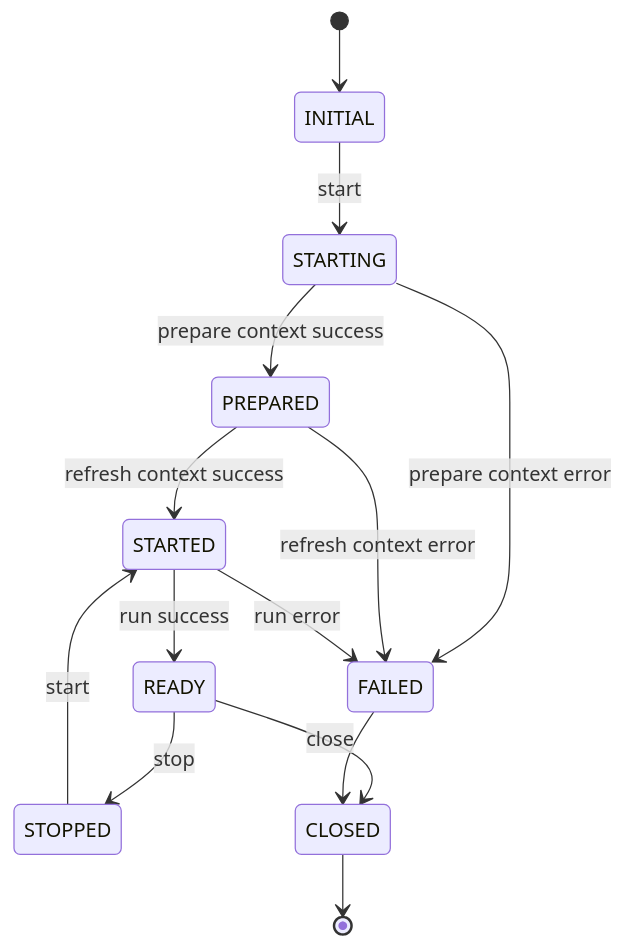
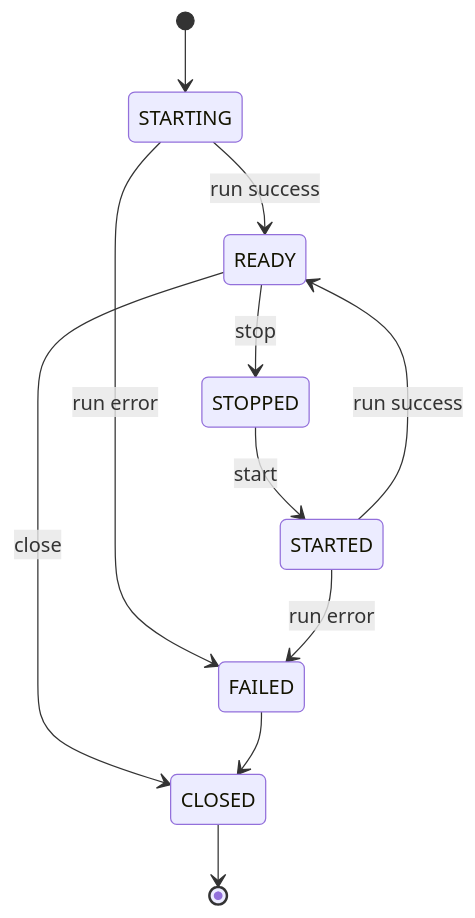
One commit to jd-opensource/joylive-agent changed the third of 7 diagrams in docs/cn/2.0/design.md. Above: the diagram before and after it, drawn with Mermaid. The commit also changed other lines of this file and 12 other files, not shown here.

````diff
--- a/docs/cn/2.0/design.md
+++ b/docs/cn/2.0/design.md
@@ -136,18 +131,15 @@
 ```mermaid
 stateDiagram
     direction TB
-    [*] --> INITIAL
-    INITIAL --> STARTING: start
-    STARTING --> PREPARED: prepare context success
-    STARTING --> FAILED: prepare context error
-    PREPARED --> STARTED: refresh context success
-    PREPARED --> FAILED: refresh context error
+    [*] --> STARTING
+    STARTING --> READY: run success
+    STARTING --> FAILED: run error
     STARTED --> READY: run success
     STARTED --> FAILED: run error
     READY --> STOPPED: stop
     READY --> CLOSED: close
     STOPPED --> STARTED: start
     FAILED --> CLOSED
     CLOSED --> [*]
     
 ```
````
